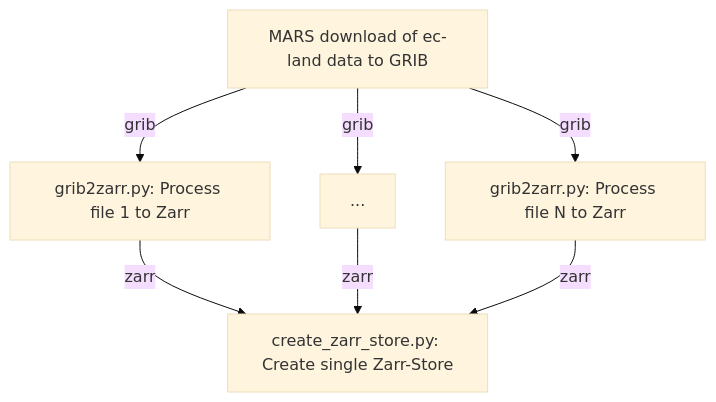
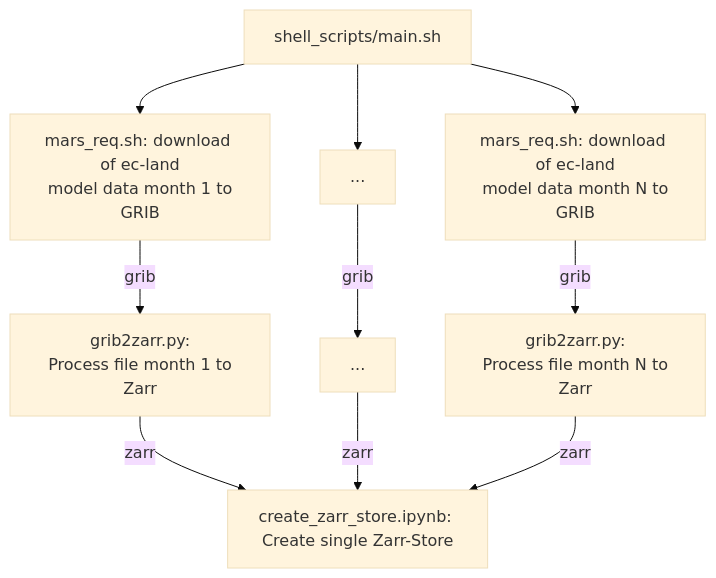
Before and after one commit to da-ewanp/ec-land-db: the diagram in README.md, drawn with Mermaid (base theme). The commit also changed 143 other files, not shown here.

````diff
--- a/README.md
+++ b/README.md
@@ -19,10 +19,16 @@
 ```mermaid
   graph TD;
-      A[MARS download of ec-land data to GRIB]; 
-      A-- grib -->C[grib2zarr.py: Process file 1 to Zarr];
-      A-- grib -->D[...];
-      A-- grib -->E[grib2zarr.py: Process file N to Zarr];
-      C-- zarr -->F[create_zarr_store.py: Create single Zarr-Store];
+      H[shell_scripts/main.sh];
+      H--> A1;
+      H--> A2;
+      H--> A3;
+      A1[mars_req.sh: download of ec-land\n model data month 1 to GRIB];
+      A2[...]; 
+      A3[mars_req.sh: download of ec-land\n model data month N to GRIB];
+      A1-- grib -->C[grib2zarr.py:\n Process file month 1 to Zarr];
+      A2-- grib -->D[...];
+      A3-- grib -->E[grib2zarr.py:\n Process file month N to Zarr];
+      C-- zarr -->F[create_zarr_store.ipynb: Create single Zarr-Store];
       D-- zarr -->F;
       E-- zarr -->F;
 ```
````
